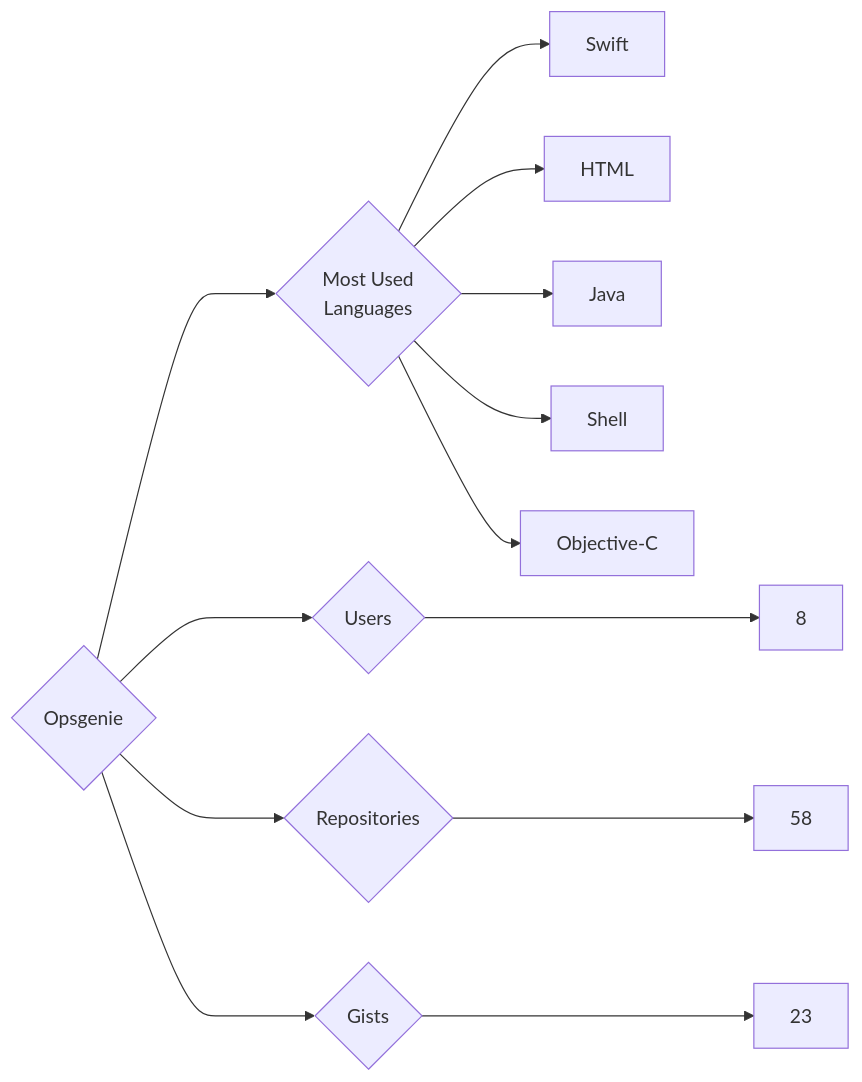
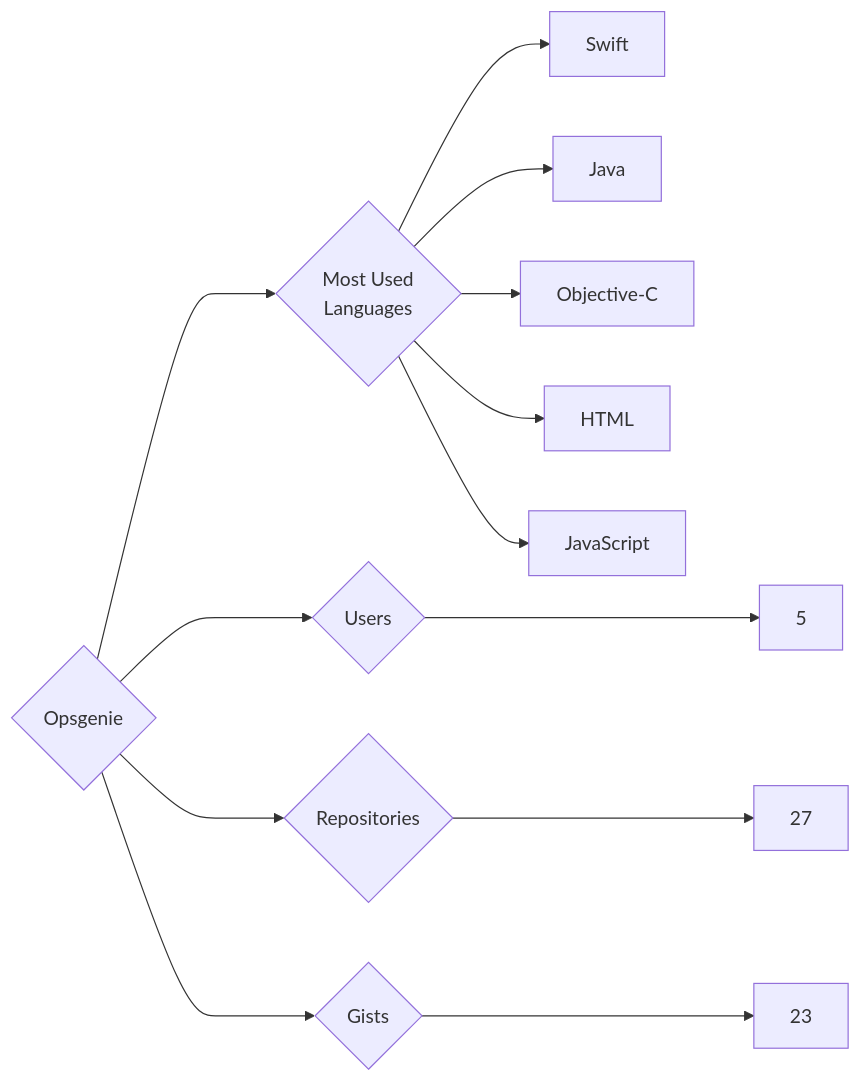
One commit to trickest/insiders changed the diagram in targets/Opsgenie/README.md. Above: the diagram before and after it, drawn with Mermaid. The commit also changed 1496 other files, not shown here.

````diff
--- a/targets/Opsgenie/README.md
+++ b/targets/Opsgenie/README.md
@@ -3,13 +3,13 @@
 ```mermaid
 graph LR
 COMPANY_NAME{Opsgenie}
-COMPANY_NAME ---> U{Users} ---> UN[8]
-COMPANY_NAME ---> R{Repositories} ---> RN[58]
+COMPANY_NAME ---> U{Users} ---> UN[5]
+COMPANY_NAME ---> R{Repositories} ---> RN[27]
 COMPANY_NAME ---> G{Gists} ---> GN[23]
 COMPANY_NAME ---> ML{Most Used<br>Languages}
 ML --> Swift[Swift]
+ML --> Java[Java]
+ML --> Objective-C[Objective-C]
 ML --> HTML[HTML]
-ML --> Java[Java]
-ML --> Shell[Shell]
-ML --> Objective-C[Objective-C]
+ML --> JavaScript[JavaScript]
 ```
````
